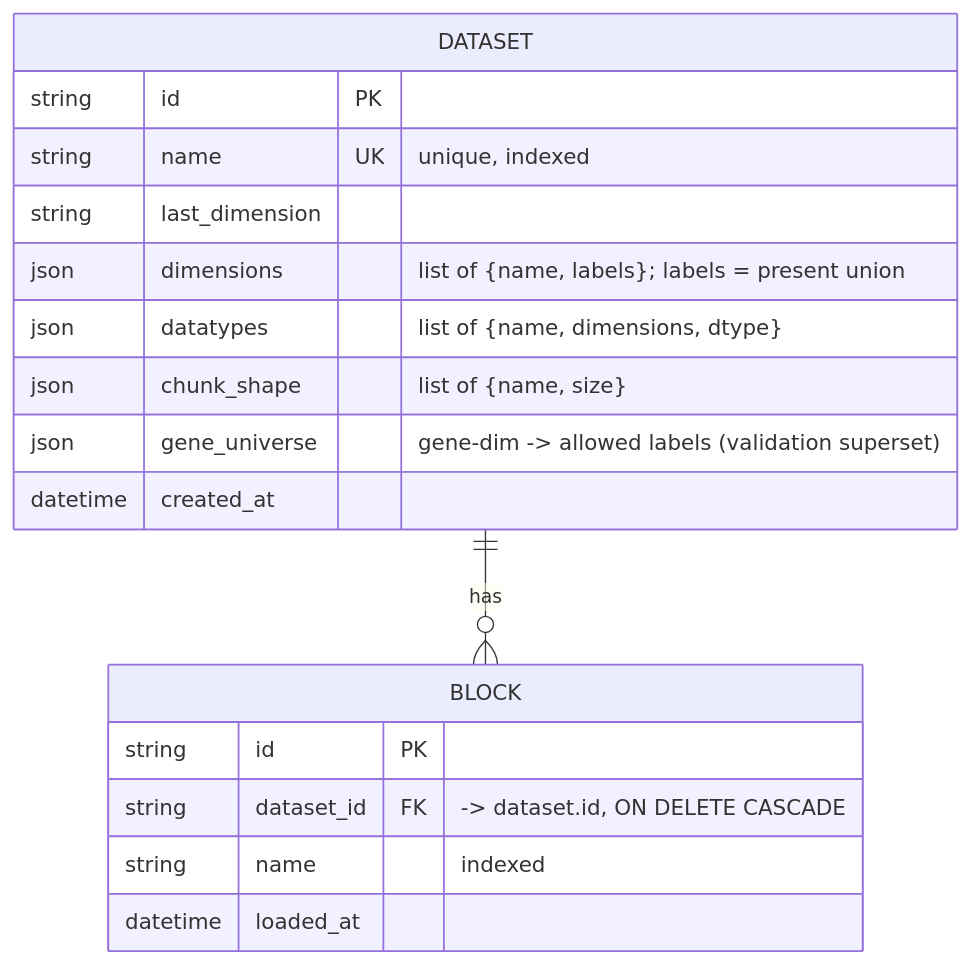
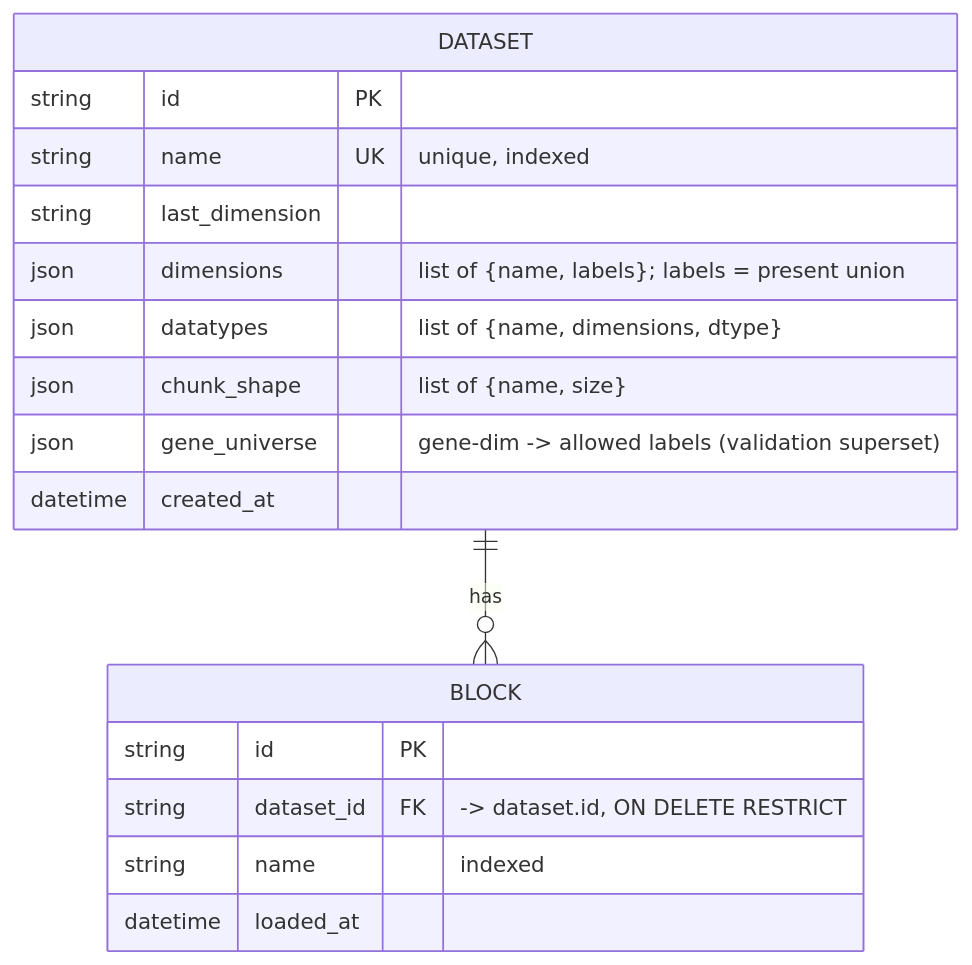
Before and after one commit to broadinstitute/cheesemonger: the diagram in docs/data_model.md, drawn with Mermaid. The commit also changed other lines of this file and 26 other files, not shown here.

````diff
--- a/docs/data_model.md
+++ b/docs/data_model.md
@@ -69,20 +69,20 @@
 ```mermaid
 erDiagram
     DATASET ||--o{ BLOCK : "has"
     DATASET {
         string   id PK
         string   name UK "unique, indexed"
         string   last_dimension
         json     dimensions "list of {name, labels}; labels = present union"
         json     datatypes  "list of {name, dimensions, dtype}"
         json     chunk_shape "list of {name, size}"
         json     gene_universe "gene-dim -> allowed labels (validation superset)"
         datetime created_at
     }
     BLOCK {
         string   id PK
-        string   dataset_id FK "-> dataset.id, ON DELETE CASCADE"
+        string   dataset_id FK "-> dataset.id, ON DELETE RESTRICT"
         string   name "indexed"
         datetime loaded_at
     }
 ```
````
